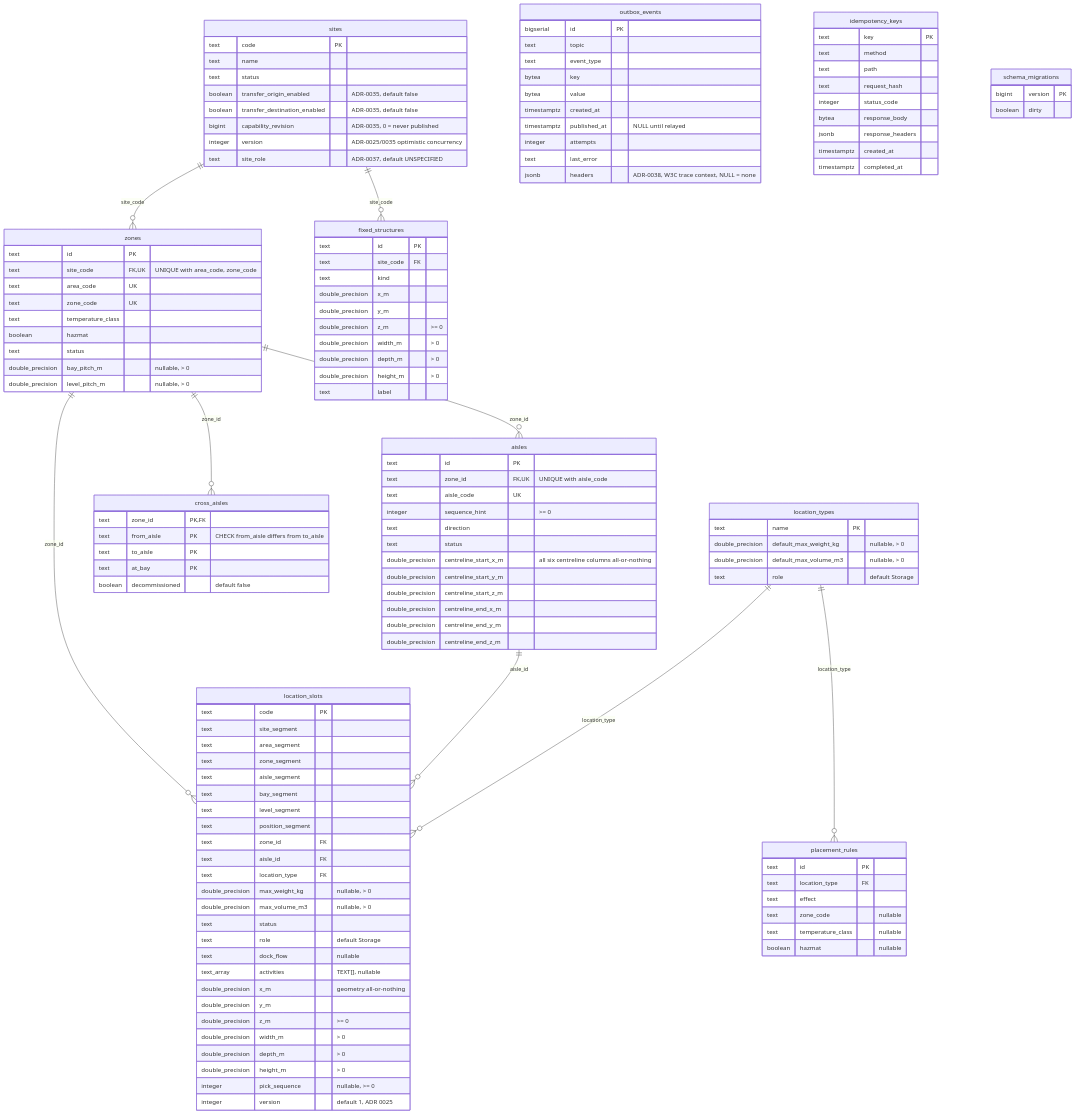
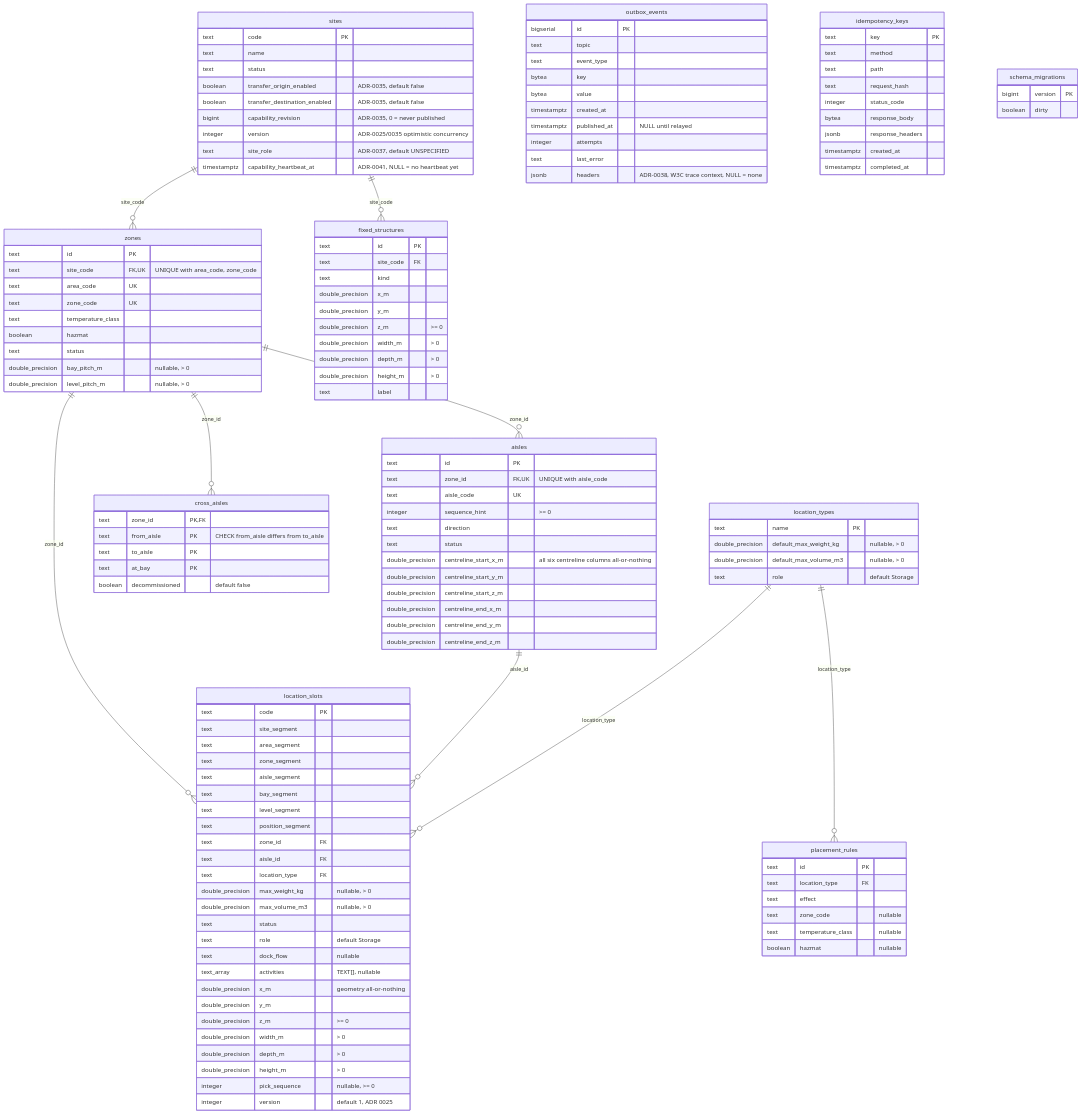
Before and after one commit to IQVO/warehouse-docs: the first of 2 diagrams in docs/contexts/facility-layout/entity-relationship.md, drawn with Mermaid. The commit also changed other lines of this file and 237 other files, not shown here.

```diff
--- a/docs/contexts/facility-layout/entity-relationship.md
+++ b/docs/contexts/facility-layout/entity-relationship.md
@@ -35,6 +35,7 @@
         bigint capability_revision "ADR-0035, 0 = never published"
         integer version "ADR-0025/0035 optimistic concurrency"
         text site_role "ADR-0037, default UNSPECIFIED"
+        timestamptz capability_heartbeat_at "ADR-0041, NULL = no heartbeat yet"
     }
     zones {
         text id PK
```
